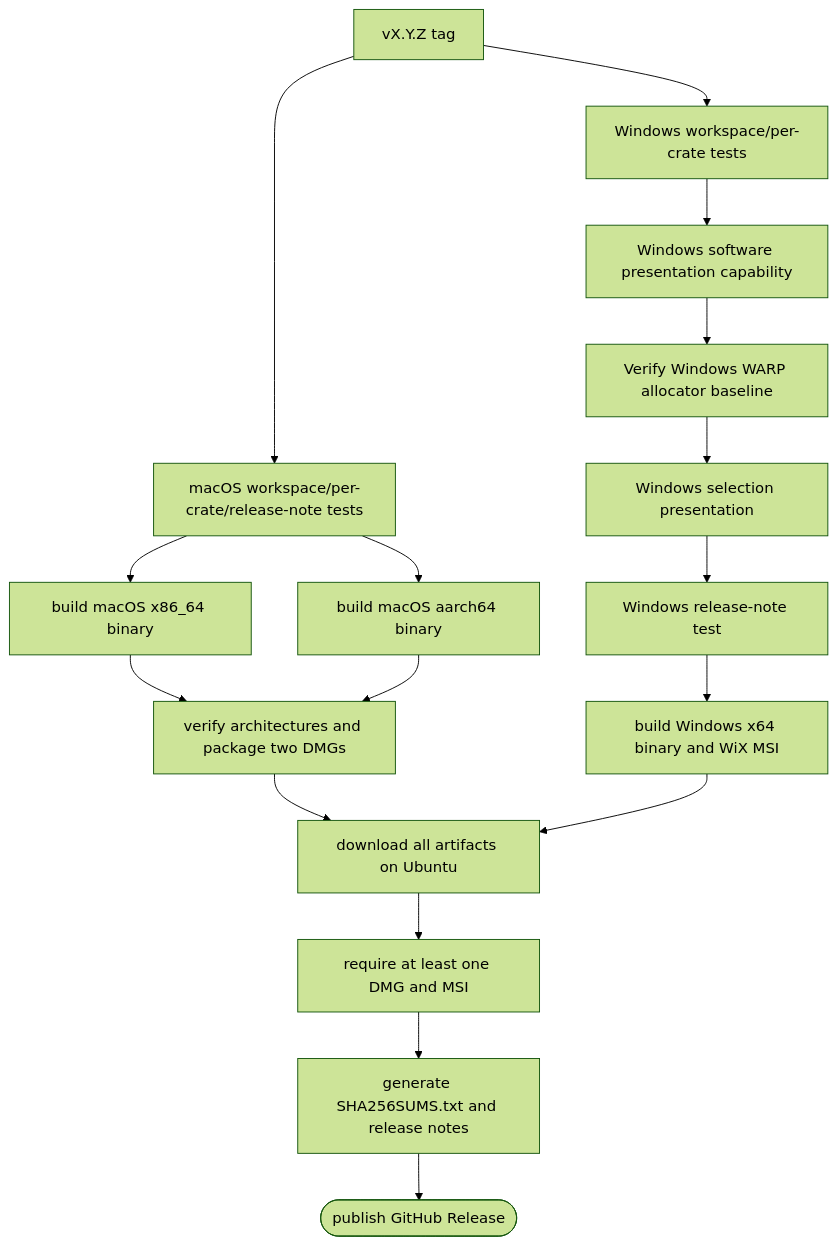
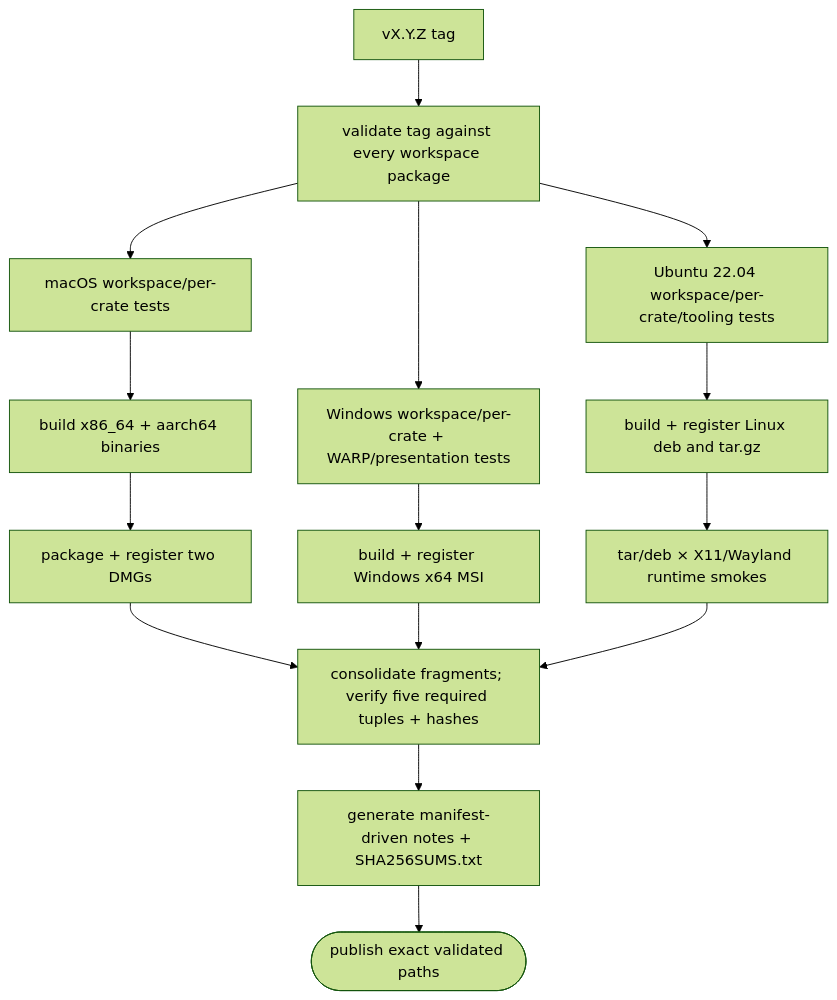
The second of 4 diagrams in wiki/Development-and-Release.md (D0n9X1n/SonicTerm), drawn with Mermaid (forest theme) before and after one commit. The commit also changed other lines of this file and 70 other files, not shown here.

First line of the commit message:
feat(linux): ship runnable terminal and release packages (#1134)

````diff
--- a/wiki/Development-and-Release.md
+++ b/wiki/Development-and-Release.md
@@ -239,35 +253,28 @@
 ```mermaid
 flowchart TD
     tag["vX.Y.Z tag"]
-    mactest["macOS workspace/per-crate/release-note tests"]
-    wintest["Windows workspace/per-crate tests"]
-    softpresent["Windows software presentation capability"]
-    warp["Verify Windows WARP allocator baseline"]
-    selection["Windows selection presentation"]
-    notes["Windows release-note test"]
-    macx86["build macOS x86_64 binary"]
-    macarm["build macOS aarch64 binary"]
-    dmg["verify architectures and package two DMGs"]
-    msi["build Windows x64 binary and WiX MSI"]
-    download["download all artifacts on Ubuntu"]
-    require["require at least one DMG and MSI"]
-    sums["generate SHA256SUMS.txt and release notes"]
-    publish(["publish GitHub Release"])
+    validate["validate tag against every workspace package"]
+    mactest["macOS workspace/per-crate tests"]
+    wintest["Windows workspace/per-crate + WARP/presentation tests"]
+    linuxtest["Ubuntu 22.04 workspace/per-crate/tooling tests"]
+    macbuild["build x86_64 + aarch64 binaries"]
+    dmg["package + register two DMGs"]
+    msi["build + register Windows x64 MSI"]
+    linuxpkg["build + register Linux deb and tar.gz"]
+    linuxsmoke["tar/deb × X11/Wayland runtime smokes"]
+    manifest["consolidate fragments; verify five required tuples + hashes"]
+    notes["generate manifest-driven notes + SHA256SUMS.txt"]
+    publish(["publish exact validated paths"])
 
-    tag --> mactest
-    tag --> wintest
-    wintest --> softpresent
-    softpresent --> warp
-    warp --> selection
-    selection --> notes
-    mactest --> macx86
-    mactest --> macarm
-    macx86 --> dmg
-    macarm --> dmg
-    notes --> msi
-    dmg --> download
-    msi --> download
-    download --> require
-    require --> sums
-    sums --> publish
+    tag --> validate
+    validate --> mactest
+    validate --> wintest
+    validate --> linuxtest
+    mactest --> macbuild --> dmg
+    wintest --> msi
+    linuxtest --> linuxpkg --> linuxsmoke
+    dmg --> manifest
+    msi --> manifest
+    linuxsmoke --> manifest
+    manifest --> notes --> publish
 ```
````
